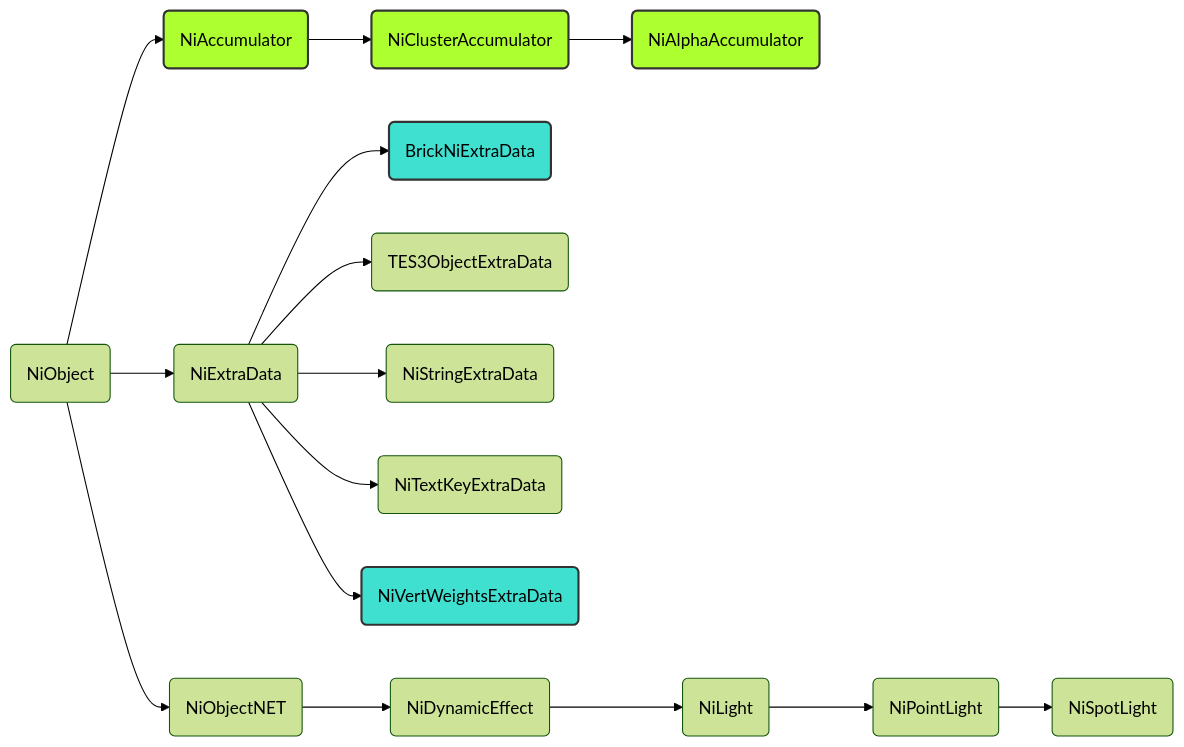
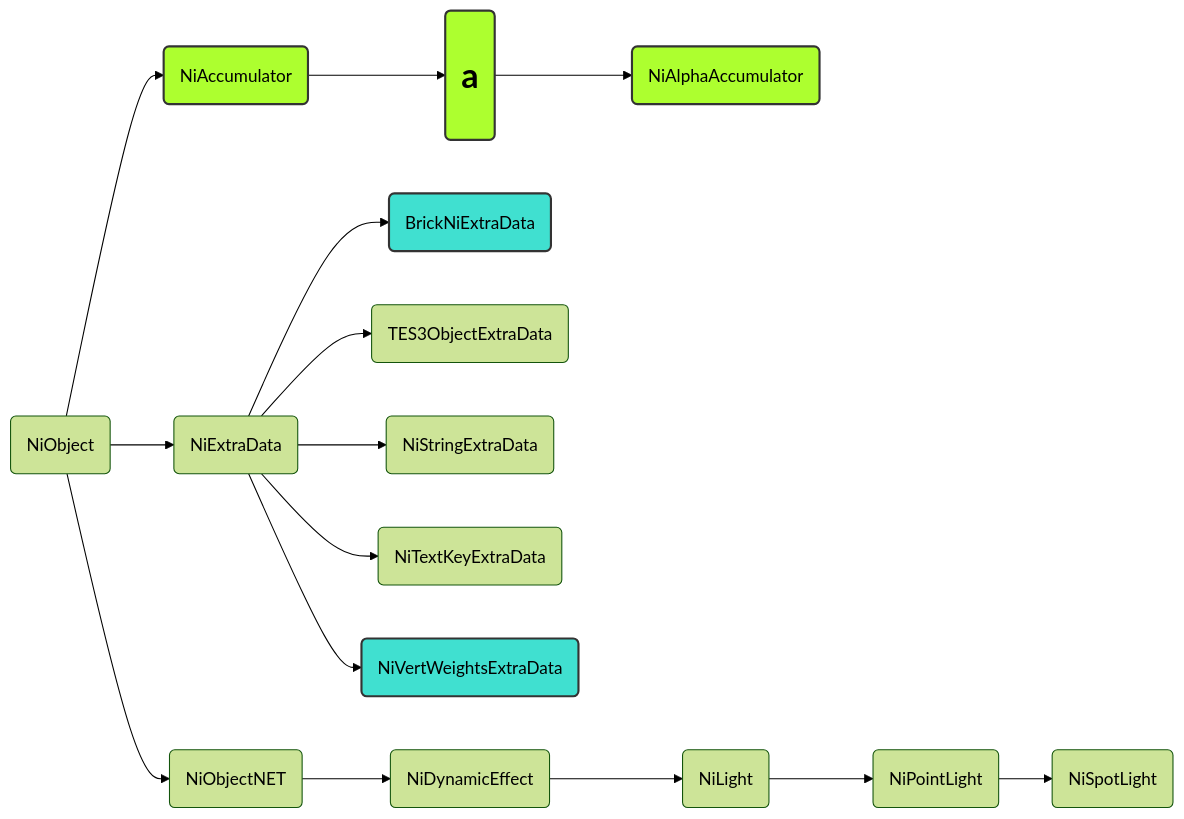
Before and after one commit to kujalamathias/kujalamathias: the diagram in README.md, drawn with Mermaid (forest theme).

````diff
--- a/README.md
+++ b/README.md
@@ -3,21 +3,21 @@
 ```mermaid
 graph LR
 A(NiObject) --> B(NiAccumulator);
-B --> C(NiClusterAccumulator);
+B --> C(<h1>a);
 C --> D(NiAlphaAccumulator);
 A --> E(NiExtraData);
 E --> F(BrickNiExtraData);
 E --> G(TES3ObjectExtraData);
 E --> H(NiStringExtraData);
 E --> I(NiTextKeyExtraData);
 E --> J(NiVertWeightsExtraData);
 A --> K(NiObjectNET);
 K --> L(NiDynamicEffect);
 L --> M(NiLight);
 M --> N(NiPointLight);
 N --> O(NiSpotLight);
 classDef notExposed fill:#ADFF2F,stroke:#333,stroke-width:2px;
 class B,C,D notExposed;
 classDef notResearched fill:#40E0D0,stroke:#333,stroke-width:2px;
 class F,J notResearched;
 ```
````
